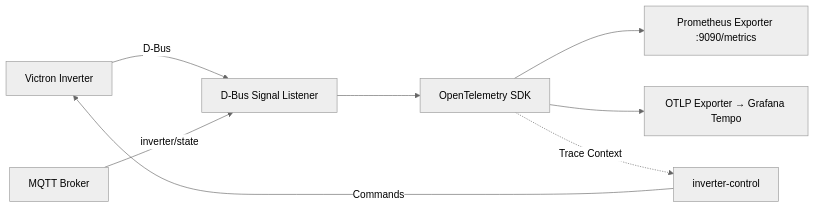
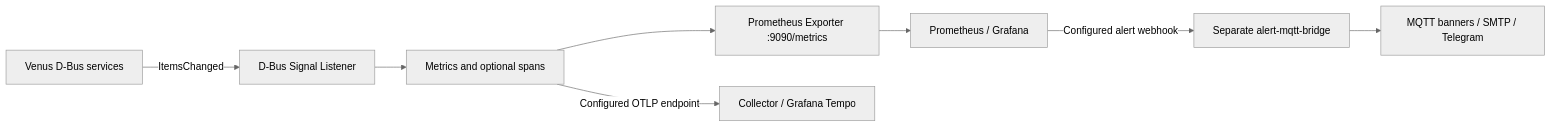
The first of 2 diagrams in README.md (victron-venus/venus-os-observability), drawn with Mermaid (neutral theme) before and after one commit. The commit also changed other lines of this file and 1 other file, not shown here.

````diff
--- a/README.md
+++ b/README.md
@@ -22,10 +22,10 @@
 ```mermaid
 graph LR
-    A[Victron Inverter] -->|D-Bus| B[D-Bus Signal Listener]
-    B --> C[OpenTelemetry SDK]
+    A[Venus D-Bus services] -->|ItemsChanged| B[D-Bus Signal Listener]
+    B --> C[Metrics and optional spans]
     C --> D[Prometheus Exporter :9090/metrics]
-    C --> E[OTLP Exporter → Grafana Tempo]
-    F[MQTT Broker] -->|inverter/state| B
-    G[inverter-control] -->|Commands| A
-    C -.->|Trace Context| G
+    C -->|Configured OTLP endpoint| E[Collector / Grafana Tempo]
+    D --> P[Prometheus / Grafana]
+    P -->|Configured alert webhook| R[Separate alert-mqtt-bridge]
+    R --> M[MQTT banners / SMTP / Telegram]
 ```
````
